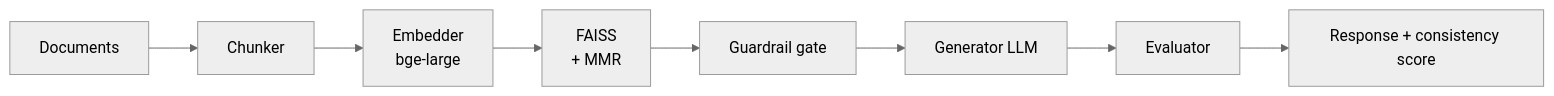
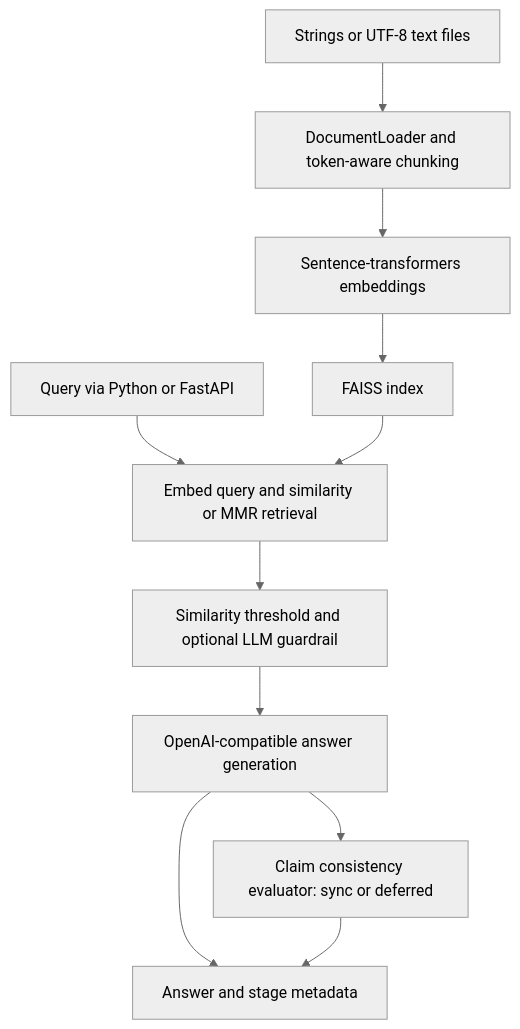
One commit to Prathampthk/evalforge-ml changed the diagram in README.md. Above: the diagram before and after it, drawn with Mermaid (neutral theme). The commit also changed other lines of this file and 33 other files, not shown here.

````diff
--- a/README.md
+++ b/README.md
@@ -68,10 +28,13 @@
 ```mermaid
-flowchart LR
-    A[Documents] --> B[Chunker]
-    B --> C[Embedder<br/>bge-large]
-    C --> D[FAISS<br/>+ MMR]
-    D --> E[Guardrail gate]
-    E --> F[Generator LLM]
-    F --> G[Evaluator]
-    G --> H[Response + consistency score]
+flowchart TD
+  T[Strings or UTF-8 text files] --> C[DocumentLoader and token-aware chunking]
+  C --> E[Sentence-transformers embeddings]
+  E --> V[FAISS index]
+  Q[Query via Python or FastAPI] --> R[Embed query and similarity or MMR retrieval]
+  V --> R
+  R --> F[Similarity threshold and optional LLM guardrail]
+  F --> G[OpenAI-compatible answer generation]
+  G --> A[Claim consistency evaluator: sync or deferred]
+  G --> O[Answer and stage metadata]
+  A --> O
 ```
````
